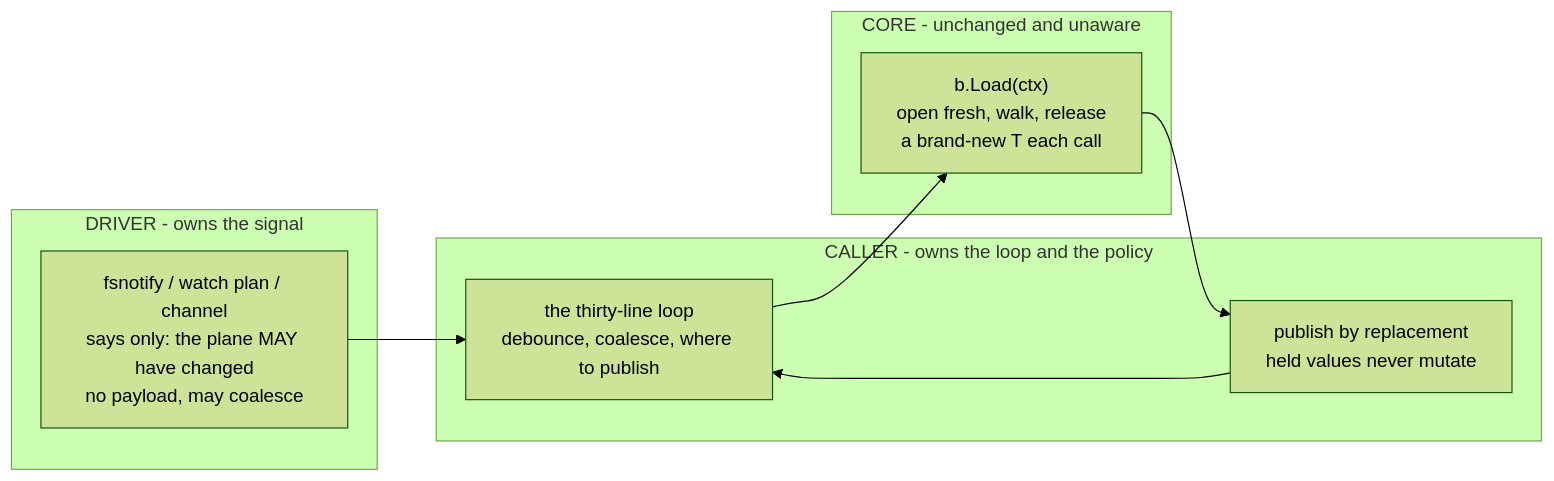
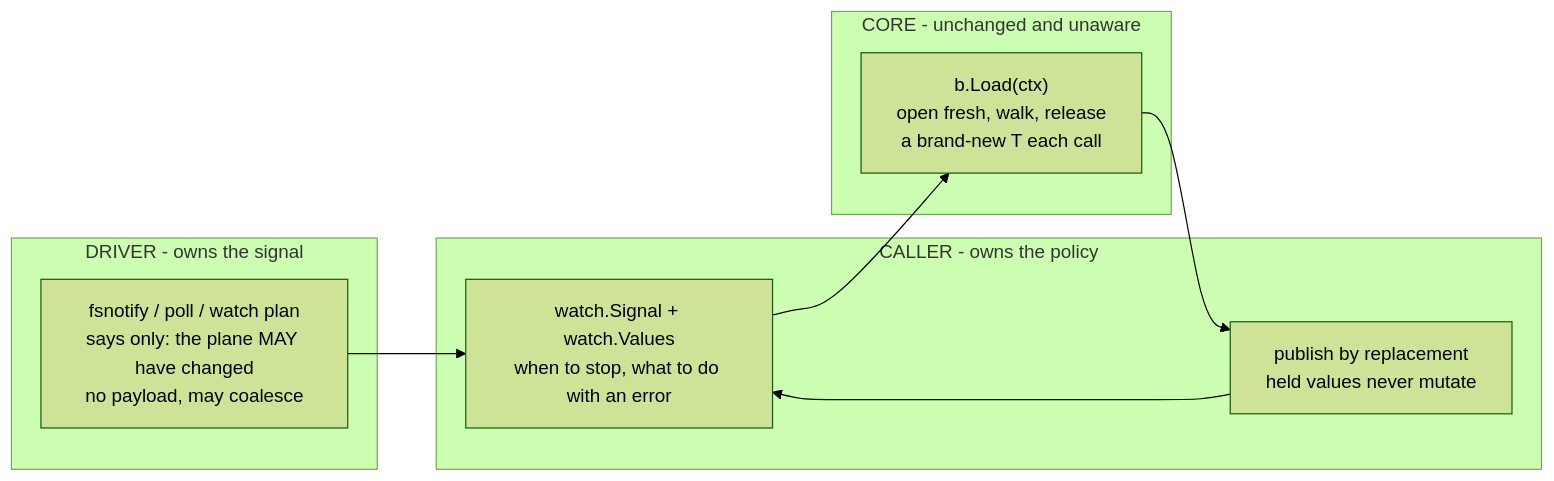
The first of 2 diagrams in docs/guide/watch-reload.md (onhotpath/ferry), drawn with Mermaid (forest theme) before and after one commit. The commit also changed other lines of this file and 21 other files, not shown here.

First line of the commit message:
feat(watch): a typed watch helper, so a reload's value reaches the caller (#364) (#365)

````diff
--- a/docs/guide/watch-reload.md
+++ b/docs/guide/watch-reload.md
@@ -28,17 +28,17 @@
 ```mermaid
 flowchart LR
   subgraph driver["DRIVER - owns the signal"]
-    SIG["fsnotify / watch plan / channel<br/>says only: the plane MAY have changed<br/>no payload, may coalesce"]
+    SIG["fsnotify / poll / watch plan<br/>says only: the plane MAY have changed<br/>no payload, may coalesce"]
   end
-  subgraph caller["CALLER - owns the loop and the policy"]
-    LOOP["the thirty-line loop<br/>debounce, coalesce, where to publish"]
+  subgraph caller["CALLER - owns the policy"]
+    LOOP["watch.Signal + watch.Values<br/>when to stop, what to do with an error"]
     PUB["publish by replacement<br/>held values never mutate"]
   end
   subgraph core["CORE - unchanged and unaware"]
     LOAD["b.Load(ctx)<br/>open fresh, walk, release<br/>a brand-new T each call"]
   end
   SIG --> LOOP
   LOOP --> LOAD
   LOAD --> PUB
   PUB --> LOOP
 ```
````
